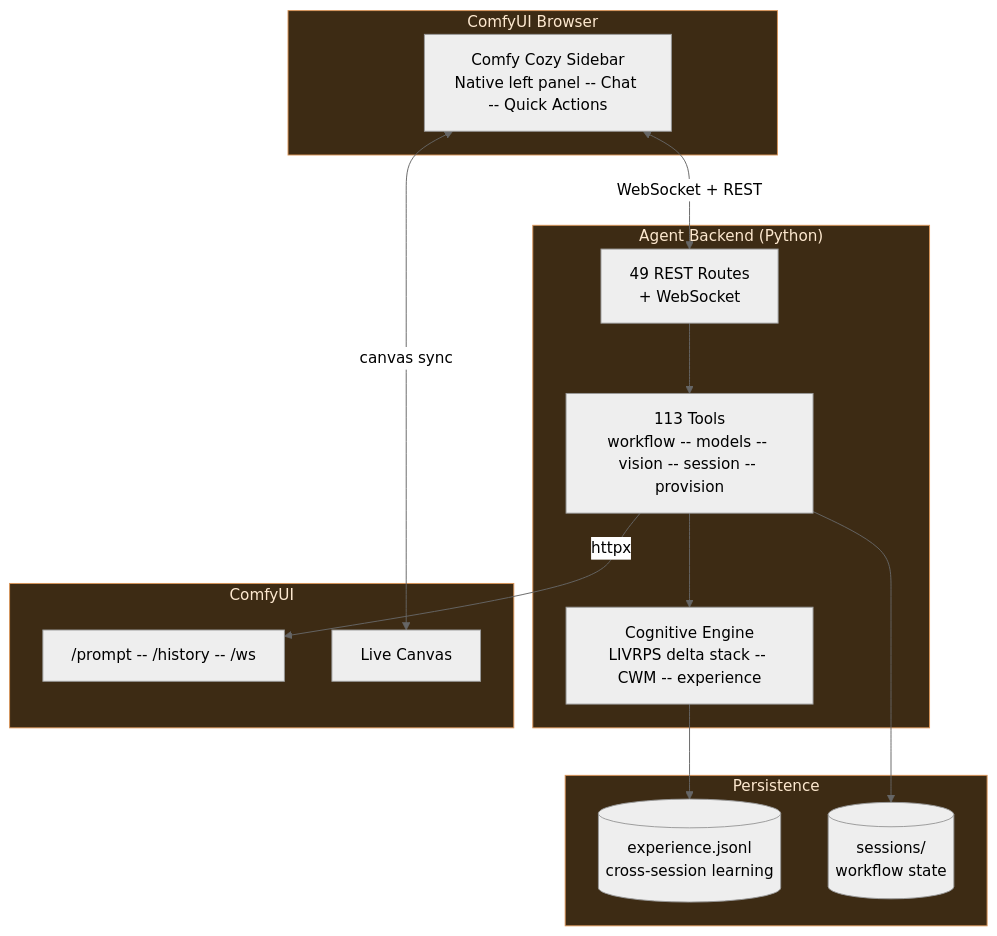
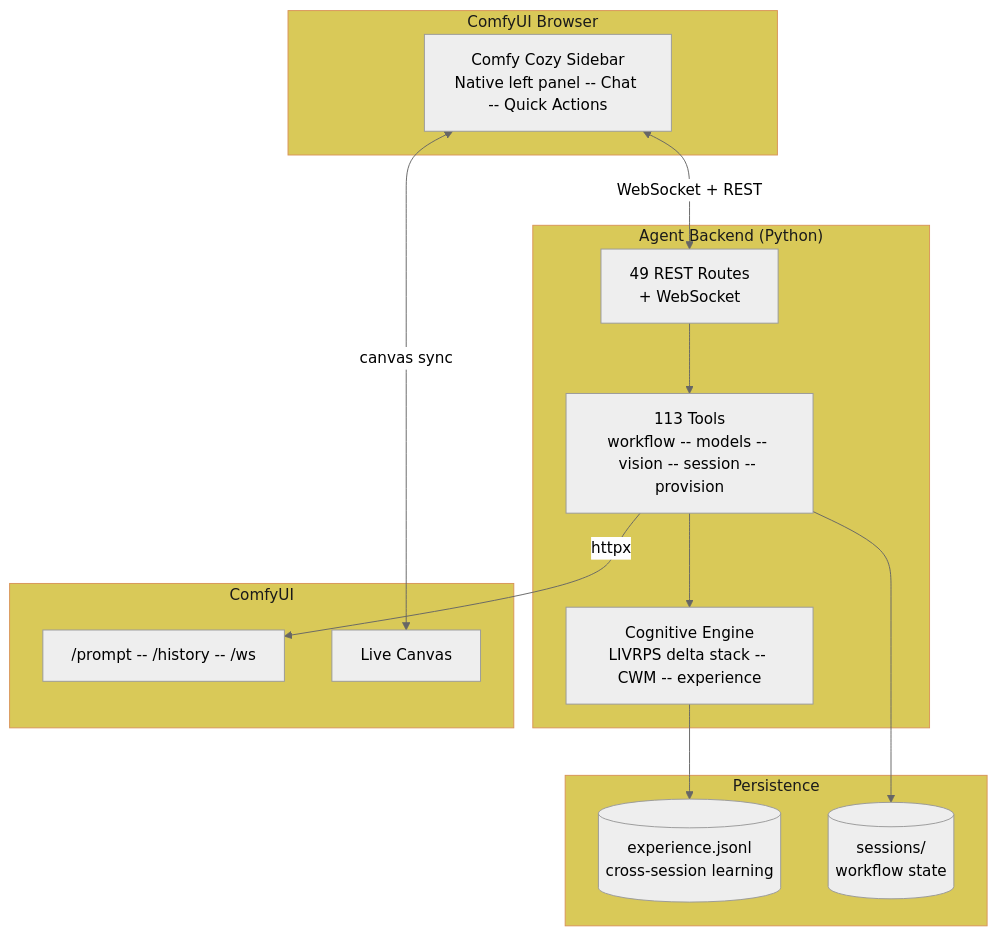
The sixth of 25 diagrams in README.md (JosephOIbrahim/Comfy-Cozy), drawn with Mermaid (neutral theme) before and after one commit. The commit also changed other lines of this file, not shown here.

First line of the commit message:
[DOCS] Mermaid palette: two-tone muted orange/yellow with black text

````diff
--- a/README.md
+++ b/README.md
@@ -463,32 +463,32 @@
 ```mermaid
 graph TB
     subgraph Browser ["ComfyUI Browser"]
         Sidebar["Comfy Cozy Sidebar<br/>Native left panel -- Chat -- Quick Actions"]
     end
     subgraph Backend ["Agent Backend (Python)"]
         Routes["49 REST Routes<br/>+ WebSocket"]
         Tools["113 Tools<br/>workflow -- models -- vision -- session -- provision"]
         Cog["Cognitive Engine<br/>LIVRPS delta stack -- CWM -- experience"]
     end
     subgraph ComfyUI ["ComfyUI"]
         API["/prompt -- /history -- /ws"]
         Canvas["Live Canvas"]
     end
     subgraph Disk ["Persistence"]
         EXP[("experience.jsonl<br/>cross-session learning")]
         Sessions[("sessions/<br/>workflow state")]
     end
 
     Sidebar <-->|"WebSocket + REST"| Routes
     Sidebar <-->|"canvas sync"| Canvas
     Routes --> Tools
     Tools --> Cog
     Tools -->|httpx| API
     Cog --> EXP
     Tools --> Sessions
 
-    style Browser fill:#3d2b14,color:#fde8cf,stroke:#d99458
-    style Backend fill:#3d2b14,color:#fde8cf,stroke:#d99458
-    style ComfyUI fill:#3d2b14,color:#fde8cf,stroke:#d99458
-    style Disk fill:#3d2b14,color:#fde8cf,stroke:#d99458
+    style Browser fill:#d9c958,color:#1a1a1a,stroke:#d99458
+    style Backend fill:#d9c958,color:#1a1a1a,stroke:#d99458
+    style ComfyUI fill:#d9c958,color:#1a1a1a,stroke:#d99458
+    style Disk fill:#d9c958,color:#1a1a1a,stroke:#d99458
 ```
````
